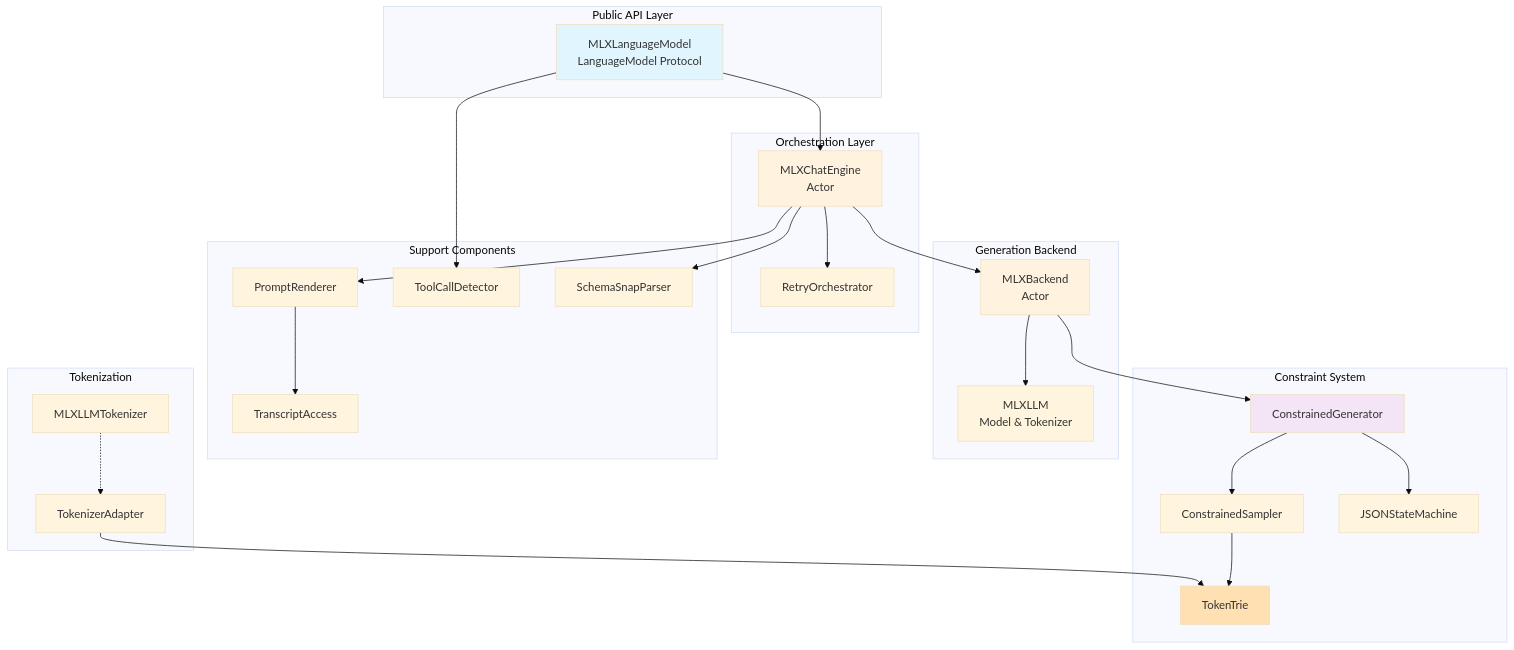
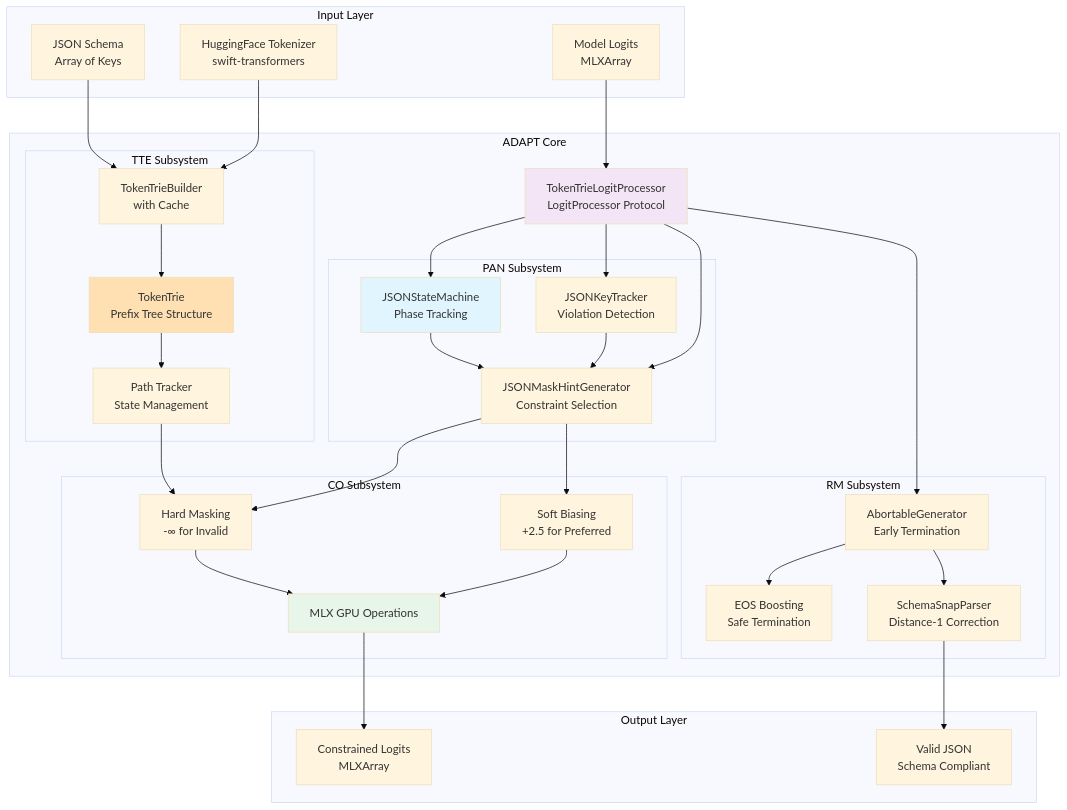
The first of 2 diagrams in CLAUDE.md (1amageek/OpenFoundationModels-MLX), drawn with Mermaid (base theme) before and after one commit. The commit also changed other lines of this file and 4 other files, not shown here.

Commit message:
Refactor project to implement ADAPT for JSON generation

````diff
--- a/CLAUDE.md
+++ b/CLAUDE.md
@@ -35,56 +24,71 @@
 ```mermaid
 graph TB
-    subgraph "Public API Layer"
-        LM[MLXLanguageModel<br/>LanguageModel Protocol]
+    subgraph "Input Layer"
+        Schema[JSON Schema<br/>Array of Keys]
+        Tokenizer[HuggingFace Tokenizer<br/>swift-transformers]
+        Logits[Model Logits<br/>MLXArray]
     end
-
-    subgraph "Orchestration Layer"
-        CE[MLXChatEngine<br/>Actor]
-        RO[RetryOrchestrator]
+    
+    subgraph "ADAPT Core"
+        TLP[TokenTrieLogitProcessor<br/>LogitProcessor Protocol]
+        
+        subgraph "TTE Subsystem"
+            TT[TokenTrie<br/>Prefix Tree Structure]
+            TTB[TokenTrieBuilder<br/>with Cache]
+            Path[Path Tracker<br/>State Management]
+        end
+        
+        subgraph "PAN Subsystem"
+            JSM[JSONStateMachine<br/>Phase Tracking]
+            JKT[JSONKeyTracker<br/>Violation Detection]
+            JMH[JSONMaskHintGenerator<br/>Constraint Selection]
+        end
+        
+        subgraph "CO Subsystem"
+            HM[Hard Masking<br/>-∞ for Invalid]
+            SB[Soft Biasing<br/>+2.5 for Preferred]
+            MLXOps[MLX GPU Operations]
+        end
+        
+        subgraph "RM Subsystem"
+            AG[AbortableGenerator<br/>Early Termination]
+            SSP[SchemaSnapParser<br/>Distance-1 Correction]
+            EOS[EOS Boosting<br/>Safe Termination]
+        end
     end
-
-    subgraph "Generation Backend"
-        MB[MLXBackend<br/>Actor]
-        MLX[MLXLLM<br/>Model & Tokenizer]
+    
+    subgraph "Output Layer"
+        MaskedLogits[Constrained Logits<br/>MLXArray]
+        JSON[Valid JSON<br/>Schema Compliant]
     end
-
-    subgraph "Constraint System"
-        CG[ConstrainedGenerator]
-        CS[ConstrainedSampler]
-        TT[TokenTrie]
-        JSM[JSONStateMachine]
-    end
-
-    subgraph "Support Components"
-        PR[PromptRenderer]
-        TA[TranscriptAccess]
-        TCD[ToolCallDetector]
-        SSP[SchemaSnapParser]
-    end
-
-    subgraph "Tokenization"
-        TAD[TokenizerAdapter]
-        MLXT[MLXLLMTokenizer]
-    end
-
-    LM --> CE
-    CE --> RO
-    CE --> MB
-    MB --> CG
-    CG --> CS
-    CS --> TT
-    CG --> JSM
-    MB --> MLX
-    MLXT -.-> TAD
-    TAD --> TT
-    CE --> PR
-    PR --> TA
-    LM --> TCD
-    CE --> SSP
-
-    style LM fill:#e1f5fe
-    style CE fill:#fff3e0
-    style MB fill:#fff3e0
-    style CG fill:#f3e5f5
+    
+    Schema --> TTB
+    Tokenizer --> TTB
+    TTB --> TT
+    TT --> Path
+    
+    Logits --> TLP
+    TLP --> JSM
+    TLP --> JKT
+    TLP --> JMH
+    
+    JSM --> JMH
+    JKT --> JMH
+    JMH --> HM
+    JMH --> SB
+    
+    Path --> HM
+    HM --> MLXOps
+    SB --> MLXOps
+    MLXOps --> MaskedLogits
+    
+    TLP --> AG
+    AG --> EOS
+    AG --> SSP
+    SSP --> JSON
+    
+    style TLP fill:#f3e5f5
     style TT fill:#ffe0b2
+    style JSM fill:#e1f5fe
+    style MLXOps fill:#e8f5e9
 ```
````
